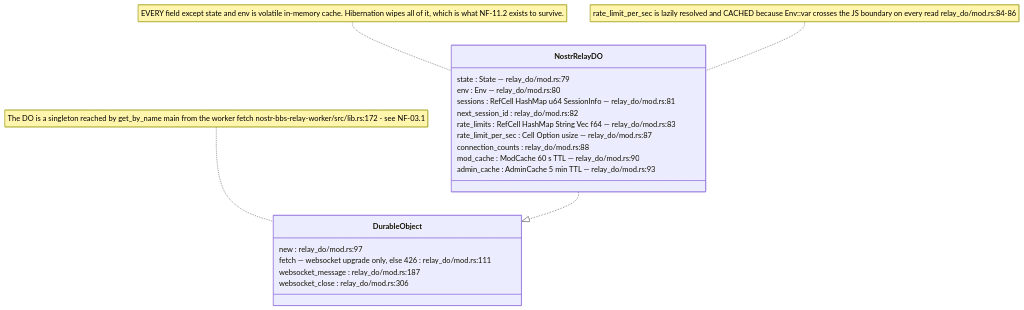
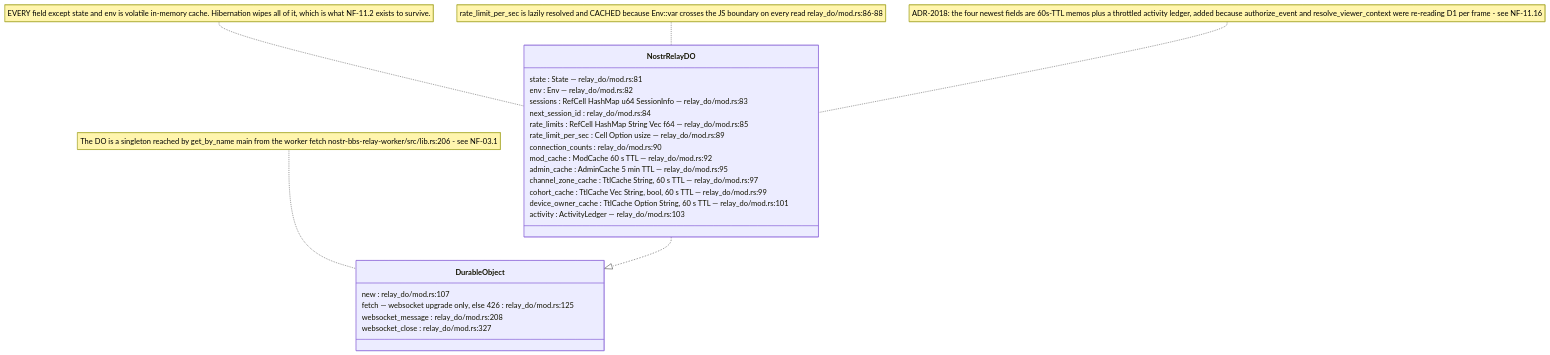
The first of 16 diagrams in docs/diagrams/nostr-rust-forum/11-relay-durable-object-internals.md (DreamLab-AI/VisionFlow), drawn with Mermaid before and after one commit. The commit also changed other lines of this file and 136 other files, not shown here.

First line of the commit message:
docs(diagrams): refresh the whole corpus to code HEAD and prune low-value diagrams

````diff
--- a/docs/diagrams/nostr-rust-forum/11-relay-durable-object-internals.md
+++ b/docs/diagrams/nostr-rust-forum/11-relay-durable-object-internals.md
@@ -40,25 +40,30 @@
 ```mermaid
 classDiagram
     class NostrRelayDO {
-        state : State — relay_do/mod.rs:79
-        env : Env — relay_do/mod.rs:80
-        sessions : RefCell HashMap u64 SessionInfo — relay_do/mod.rs:81
-        next_session_id : relay_do/mod.rs:82
-        rate_limits : RefCell HashMap String Vec f64 — relay_do/mod.rs:83
-        rate_limit_per_sec : Cell Option usize — relay_do/mod.rs:87
-        connection_counts : relay_do/mod.rs:88
-        mod_cache : ModCache 60 s TTL — relay_do/mod.rs:90
-        admin_cache : AdminCache 5 min TTL — relay_do/mod.rs:93
+        state : State — relay_do/mod.rs:81
+        env : Env — relay_do/mod.rs:82
+        sessions : RefCell HashMap u64 SessionInfo — relay_do/mod.rs:83
+        next_session_id : relay_do/mod.rs:84
+        rate_limits : RefCell HashMap String Vec f64 — relay_do/mod.rs:85
+        rate_limit_per_sec : Cell Option usize — relay_do/mod.rs:89
+        connection_counts : relay_do/mod.rs:90
+        mod_cache : ModCache 60 s TTL — relay_do/mod.rs:92
+        admin_cache : AdminCache 5 min TTL — relay_do/mod.rs:95
+        channel_zone_cache : TtlCache String, 60 s TTL — relay_do/mod.rs:97
+        cohort_cache : TtlCache Vec String, bool, 60 s TTL — relay_do/mod.rs:99
+        device_owner_cache : TtlCache Option String, 60 s TTL — relay_do/mod.rs:101
+        activity : ActivityLedger — relay_do/mod.rs:103
     }
     class DurableObject {
-        new : relay_do/mod.rs:97
-        fetch — websocket upgrade only, else 426 : relay_do/mod.rs:111
-        websocket_message : relay_do/mod.rs:187
-        websocket_close : relay_do/mod.rs:306
+        new : relay_do/mod.rs:107
+        fetch — websocket upgrade only, else 426 : relay_do/mod.rs:125
+        websocket_message : relay_do/mod.rs:208
+        websocket_close : relay_do/mod.rs:327
     }
     NostrRelayDO ..|> DurableObject
 
     note for NostrRelayDO "EVERY field except state and env is volatile in-memory cache. Hibernation wipes all of it, which is what NF-11.2 exists to survive."
-    note for NostrRelayDO "rate_limit_per_sec is lazily resolved and CACHED because Env::var crosses the JS boundary on every read relay_do/mod.rs:84-86"
-    note for DurableObject "The DO is a singleton reached by get_by_name main from the worker fetch nostr-bbs-relay-worker/src/lib.rs:172 - see NF-03.1"
+    note for NostrRelayDO "rate_limit_per_sec is lazily resolved and CACHED because Env::var crosses the JS boundary on every read relay_do/mod.rs:86-88"
+    note for NostrRelayDO "ADR-2018: the four newest fields are 60s-TTL memos plus a throttled activity ledger, added because authorize_event and resolve_viewer_context were re-reading D1 per frame - see NF-11.16"
+    note for DurableObject "The DO is a singleton reached by get_by_name main from the worker fetch nostr-bbs-relay-worker/src/lib.rs:206 - see NF-03.1"
 ```
````
